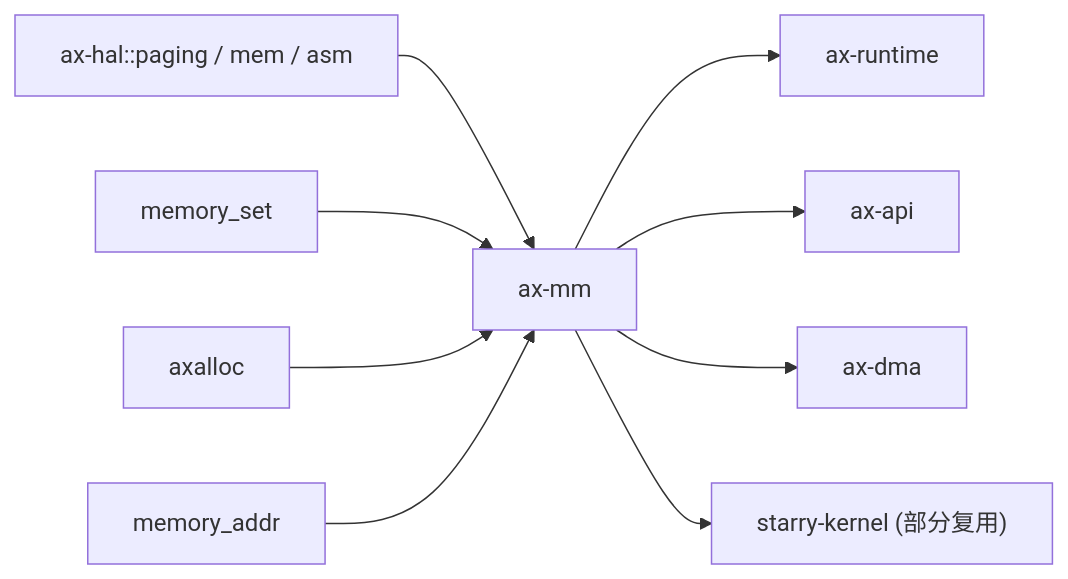
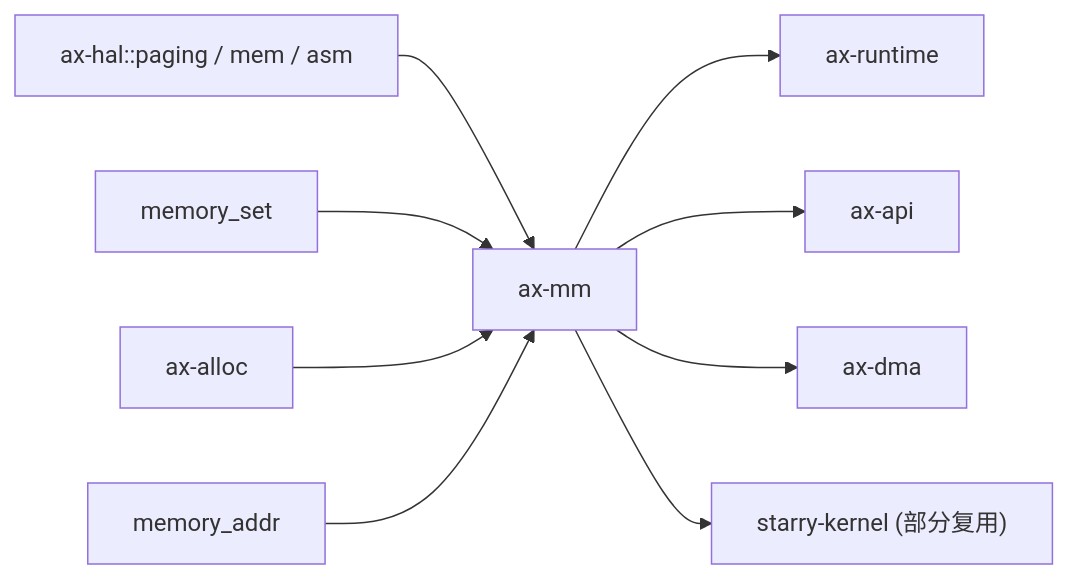
The second of 2 diagrams in docs/crates/ax-mm.md (zKurisu/tgoskits), drawn with Mermaid before and after one commit. The commit also changed other lines of this file and 75 other files, not shown here.

Commit message:
rename axalloc to ax-alloc

````diff
--- a/docs/crates/ax-mm.md
+++ b/docs/crates/ax-mm.md
@@ -103,12 +103,12 @@
 ```mermaid
 graph LR
     ax-hal["ax-hal::paging / mem / asm"] --> ax-mm["ax-mm"]
     memory_set["memory_set"] --> ax-mm
-    axalloc["axalloc"] --> ax-mm
+    ax-alloc["ax-alloc"] --> ax-mm
     memory_addr["memory_addr"] --> ax-mm
 
     ax-mm --> ax-runtime["ax-runtime"]
     ax-mm --> ax-api["ax-api"]
     ax-mm --> ax_dma["ax-dma"]
     ax-mm --> starry_kernel["starry-kernel (部分复用)"]
 ```
````
